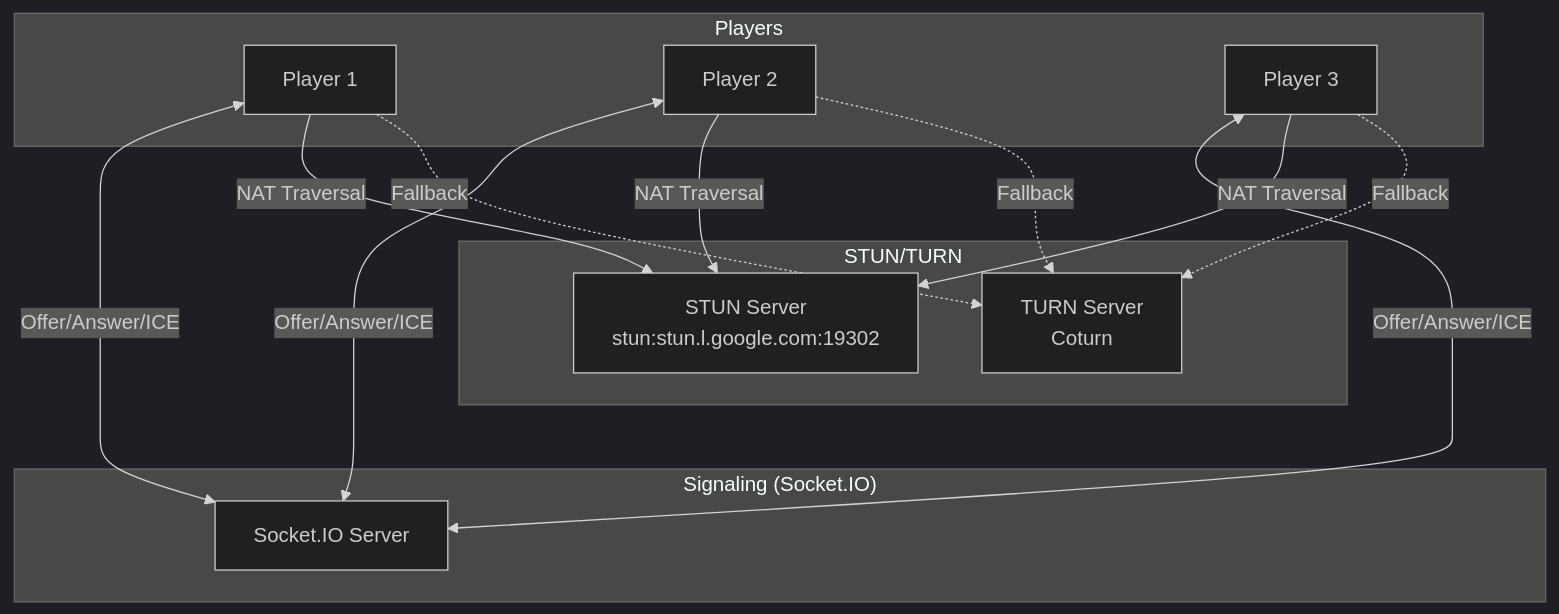
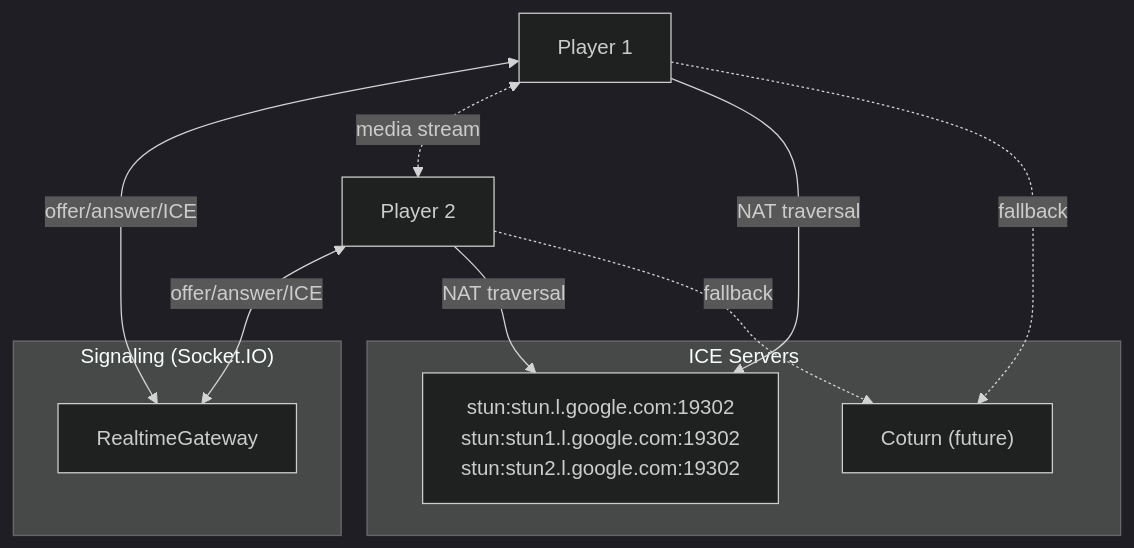
Before and after one commit to longuit2002-blip/spicy-sweet-game: the eighth of 11 diagrams in docs/technical-design/sweet-spicy-game/tdd.md, drawn with Mermaid (dark theme). The commit also changed other lines of this file and 165 other files, not shown here.

````diff
--- a/docs/technical-design/sweet-spicy-game/tdd.md
+++ b/docs/technical-design/sweet-spicy-game/tdd.md
@@ -1007,29 +702,21 @@
 ```mermaid
 graph TB
-    subgraph "Players"
-        P1[Player 1]
-        P2[Player 2]
-        P3[Player 3]
+    subgraph "Signaling (Socket.IO)"
+        GW[RealtimeGateway]
     end
-    
-    subgraph "Signaling (Socket.IO)"
-        Socket[Socket.IO Server]
+
+    subgraph "ICE Servers"
+        STUN["stun:stun.l.google.com:19302<br/>stun:stun1.l.google.com:19302<br/>stun:stun2.l.google.com:19302"]
+        TURN["Coturn (future)"]
     end
-    
-    subgraph "STUN/TURN"
-        STUN[STUN Server<br/>stun:stun.l.google.com:19302]
-        TURN[TURN Server<br/>Coturn]
-    end
-    
-    P1 <--->|Offer/Answer/ICE| Socket
-    P2 <--->|Offer/Answer/ICE| Socket
-    P3 <--->|Offer/Answer/ICE| Socket
-    
-    P1 -->|NAT Traversal| STUN
-    P2 -->|NAT Traversal| STUN
-    P3 -->|NAT Traversal| STUN
-    
-    P1 -.->|Fallback| TURN
-    P2 -.->|Fallback| TURN
-    P3 -.->|Fallback| TURN
+
+    P1[Player 1] <-->|offer/answer/ICE| GW
+    P2[Player 2] <-->|offer/answer/ICE| GW
+
+    P1 <-.->|media stream| P2
+
+    P1 -->|NAT traversal| STUN
+    P2 -->|NAT traversal| STUN
+    P1 -.->|fallback| TURN
+    P2 -.->|fallback| TURN
 ```
````
